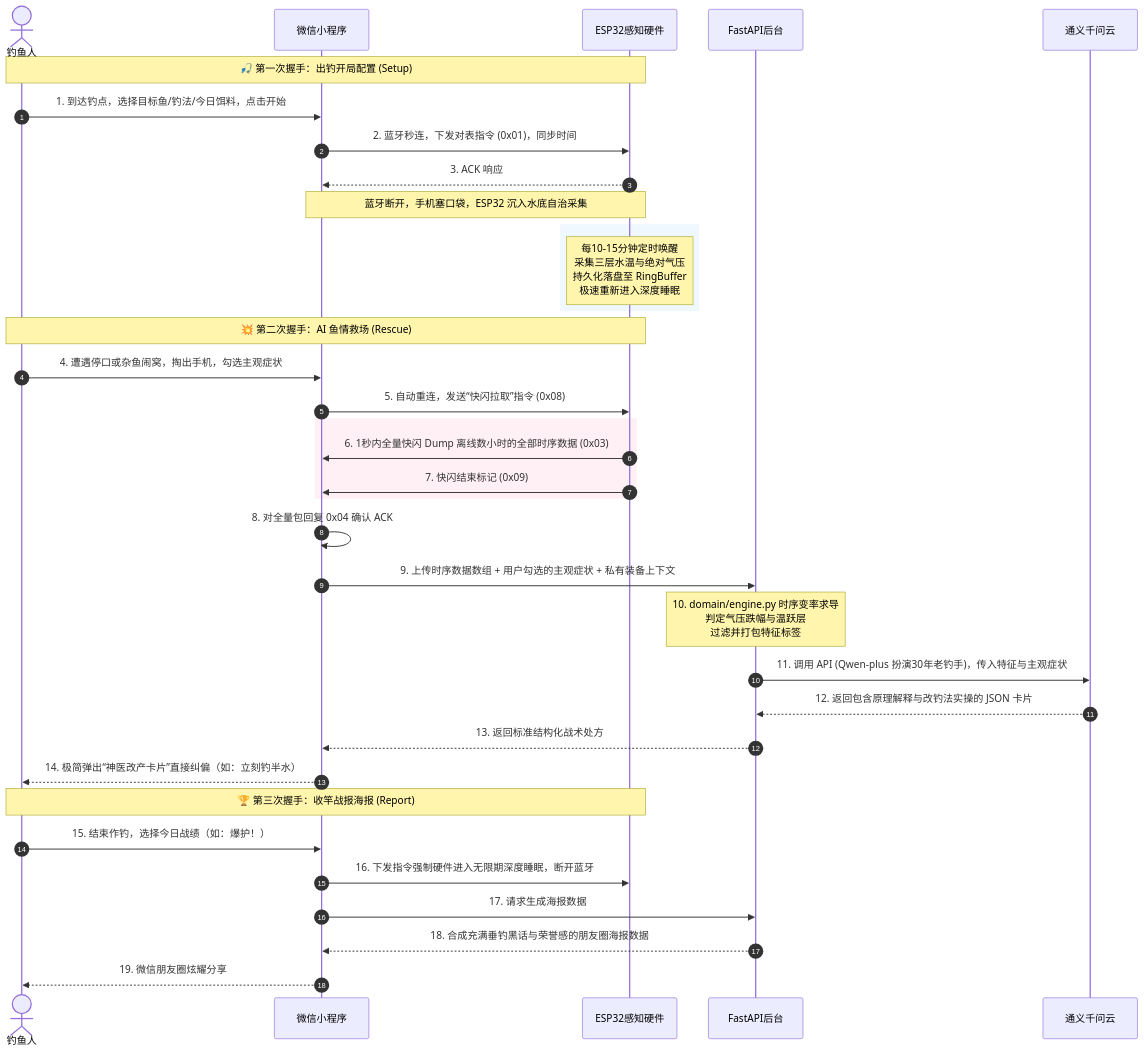
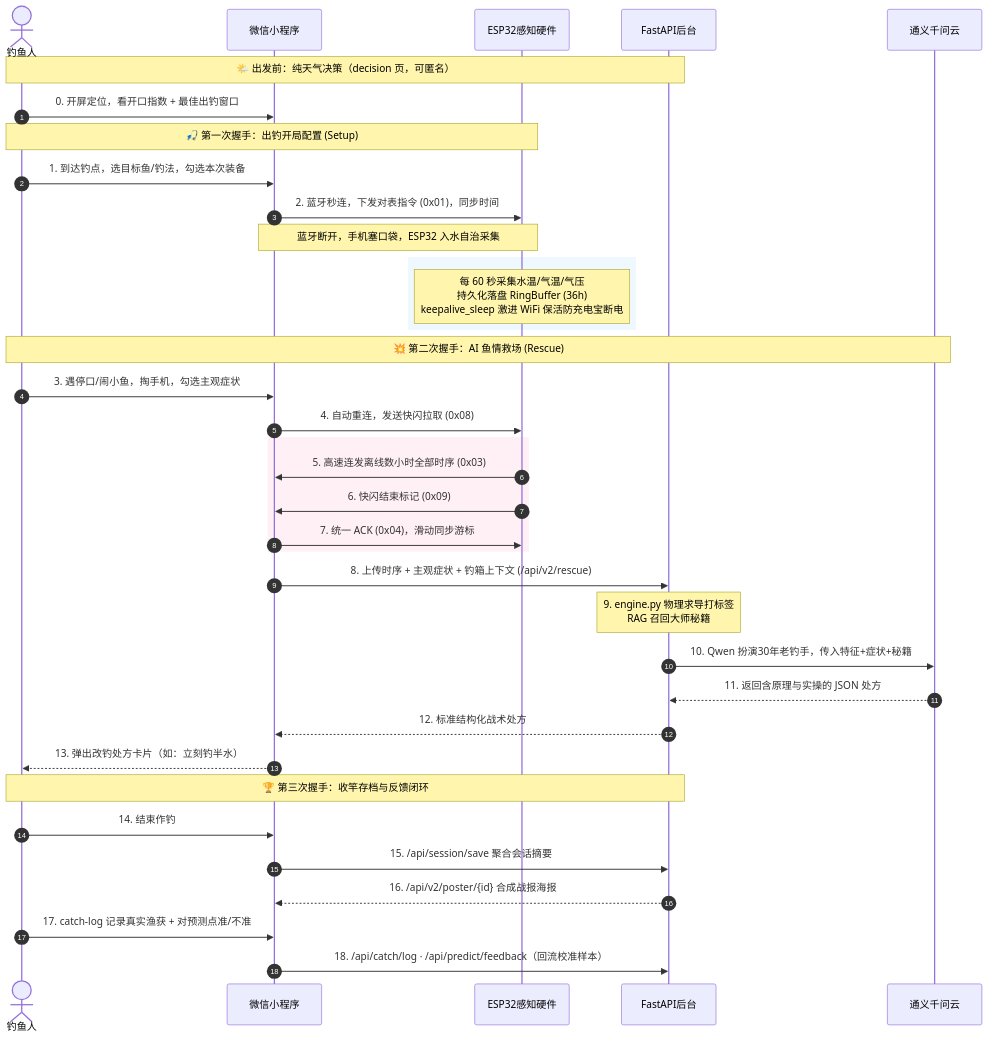
The diagram in README.md (19348729/diaoyu), drawn with Mermaid before and after one commit. The commit also changed other lines of this file and 1 other file, not shown here.

First line of the commit message:
docs: 按最新代码逻辑重写业务流程图与 README

````diff
--- a/README.md
+++ b/README.md
@@ -90,40 +119,42 @@
 ```mermaid
 sequenceDiagram
     autonumber
     actor U as 钓鱼人
     participant MP as 微信小程序
     participant HW as ESP32感知硬件
     participant Server as FastAPI后台
     participant LLM as 通义千问云
 
+    Note over U, Server: 🌤️ 出发前：纯天气决策（decision 页，可匿名）
+    U->>MP: 0. 开屏定位，看开口指数 + 最佳出钓窗口
+
     Note over U, HW: 🎣 第一次握手：出钓开局配置 (Setup)
-    U->>MP: 1. 到达钓点，选择目标鱼/钓法/今日饵料，点击开始
+    U->>MP: 1. 到达钓点，选目标鱼/钓法，勾选本次装备
     MP->>HW: 2. 蓝牙秒连，下发对表指令 (0x01)，同步时间
-    HW-->>MP: 3. ACK 响应
-    Note over MP, HW: 蓝牙断开，手机塞口袋，ESP32 沉入水底自治采集
+    Note over MP, HW: 蓝牙断开，手机塞口袋，ESP32 入水自治采集
     rect rgb(240, 248, 255)
-        Note over HW: 每10-15分钟定时唤醒<br/>采集三层水温与绝对气压<br/>持久化落盘至 RingBuffer<br/>极速重新进入深度睡眠
+        Note over HW: 每 60 秒采集水温/气温/气压<br/>持久化落盘 RingBuffer (36h)<br/>keepalive_sleep 激进 WiFi 保活防充电宝断电
     end
 
-    Note over U, HW: 💥 第二次握手：AI 鱼情救场 (Rescue)
-    U->>MP: 4. 遭遇停口或杂鱼闹窝，掏出手机，勾选主观症状
-    MP->>HW: 5. 自动重连，发送“快闪拉取”指令 (0x08)
+    Note over U, LLM: 💥 第二次握手：AI 鱼情救场 (Rescue)
+    U->>MP: 3. 遇停口/闹小鱼，掏手机，勾选主观症状
+    MP->>HW: 4. 自动重连，发送快闪拉取 (0x08)
     rect rgb(255, 240, 245)
-        HW->>MP: 6. 1秒内全量快闪 Dump 离线数小时的全部时序数据 (0x03)
-        HW->>MP: 7. 快闪结束标记 (0x09)
+        HW->>MP: 5. 高速连发离线数小时全部时序 (0x03)
+        HW->>MP: 6. 快闪结束标记 (0x09)
+        MP->>HW: 7. 统一 ACK (0x04)，滑动同步游标
     end
-    MP->>MP: 8. 对全量包回复 0x04 确认 ACK
-    MP->>Server: 9. 上传时序数据数组 + 用户勾选的主观症状 + 私有装备上下文
-    Note over Server: 10. domain/engine.py 时序变率求导<br/>判定气压跌幅与温跃层<br/>过滤并打包特征标签
-    Server->>LLM: 11. 调用 API (Qwen-plus 扮演30年老钓手)，传入特征与主观症状
-    LLM-->>Server: 12. 返回包含原理解释与改钓法实操的 JSON 卡片
-    Server-->>MP: 13. 返回标准结构化战术处方
-    MP-->>U: 14. 极简弹出“神医改产卡片”直接纠偏（如：立刻钓半水）
+    MP->>Server: 8. 上传时序 + 主观症状 + 钓箱上下文 (/api/v2/rescue)
+    Note over Server: 9. engine.py 物理求导打标签<br/>RAG 召回大师秘籍
+    Server->>LLM: 10. Qwen 扮演30年老钓手，传入特征+症状+秘籍
+    LLM-->>Server: 11. 返回含原理与实操的 JSON 处方
+    Server-->>MP: 12. 标准结构化战术处方
+    MP-->>U: 13. 弹出改钓处方卡片（如：立刻钓半水）
 
-    Note over U, HW: 🏆 第三次握手：收竿战报海报 (Report)
-    U->>MP: 15. 结束作钓，选择今日战绩（如：爆护！）
-    MP->>HW: 16. 下发指令强制硬件进入无限期深度睡眠，断开蓝牙
-    MP->>Server: 17. 请求生成海报数据
-    Server-->>MP: 18. 合成充满垂钓黑话与荣誉感的朋友圈海报数据
-    MP-->>U: 19. 微信朋友圈炫耀分享
+    Note over U, Server: 🏆 第三次握手：收竿存档与反馈闭环
+    U->>MP: 14. 结束作钓
+    MP->>Server: 15. /api/session/save 聚合会话摘要
+    Server-->>MP: 16. /api/v2/poster/{id} 合成战报海报
+    U->>MP: 17. catch-log 记录真实渔获 + 对预测点准/不准
+    MP->>Server: 18. /api/catch/log · /api/predict/feedback（回流校准样本）
 ```
````
